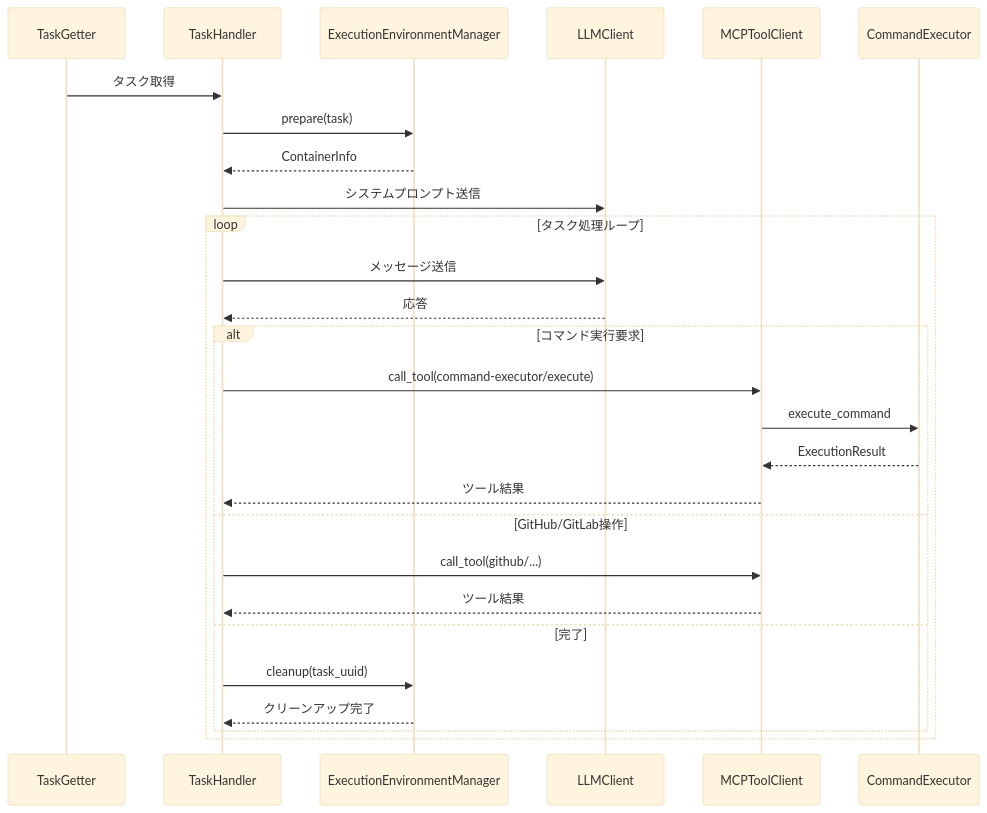
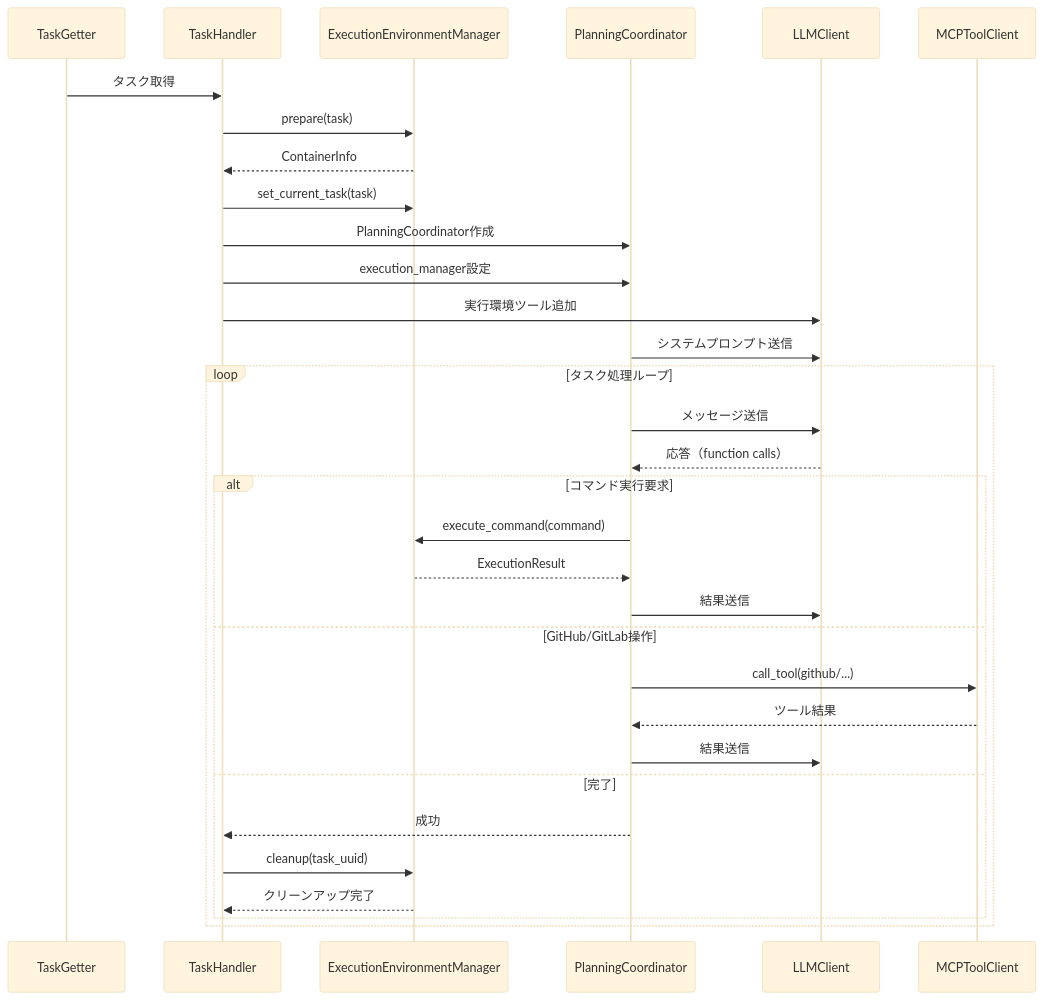
One commit to notfolder/coding_agent changed the eighth of 8 diagrams in docs/spec/COMMAND_EXECUTOR_MCP_SPECIFICATION.md. Above: the diagram before and after it, drawn with Mermaid (base theme). The commit also changed other lines of this file and 11 other files, not shown here.

First line of the commit message:
feat: implement Command Executor MCP Server for Docker-isolated command execution (#89)

````diff
--- a/docs/spec/COMMAND_EXECUTOR_MCP_SPECIFICATION.md
+++ b/docs/spec/COMMAND_EXECUTOR_MCP_SPECIFICATION.md
@@ -948,32 +964,37 @@
 ```mermaid
 sequenceDiagram
     participant TG as TaskGetter
     participant TH as TaskHandler
     participant EM as ExecutionEnvironmentManager
+    participant PC as PlanningCoordinator
     participant LLM as LLMClient
     participant MCP as MCPToolClient
-    participant CE as CommandExecutor
     
     TG->>TH: タスク取得
     TH->>EM: prepare(task)
     EM-->>TH: ContainerInfo
-    TH->>LLM: システムプロンプト送信
+    TH->>EM: set_current_task(task)
+    TH->>PC: PlanningCoordinator作成
+    TH->>PC: execution_manager設定
+    TH->>LLM: 実行環境ツール追加
+    PC->>LLM: システムプロンプト送信
     
     loop タスク処理ループ
-        TH->>LLM: メッセージ送信
-        LLM-->>TH: 応答
+        PC->>LLM: メッセージ送信
+        LLM-->>PC: 応答（function calls）
         
         alt コマンド実行要求
-            TH->>MCP: call_tool(command-executor/execute)
-            MCP->>CE: execute_command
-            CE-->>MCP: ExecutionResult
-            MCP-->>TH: ツール結果
+            PC->>EM: execute_command(command)
+            EM-->>PC: ExecutionResult
+            PC->>LLM: 結果送信
         else GitHub/GitLab操作
-            TH->>MCP: call_tool(github/...)
-            MCP-->>TH: ツール結果
+            PC->>MCP: call_tool(github/...)
+            MCP-->>PC: ツール結果
+            PC->>LLM: 結果送信
         else 完了
+            PC-->>TH: 成功
             TH->>EM: cleanup(task_uuid)
             EM-->>TH: クリーンアップ完了
         end
     end
 ```
````
